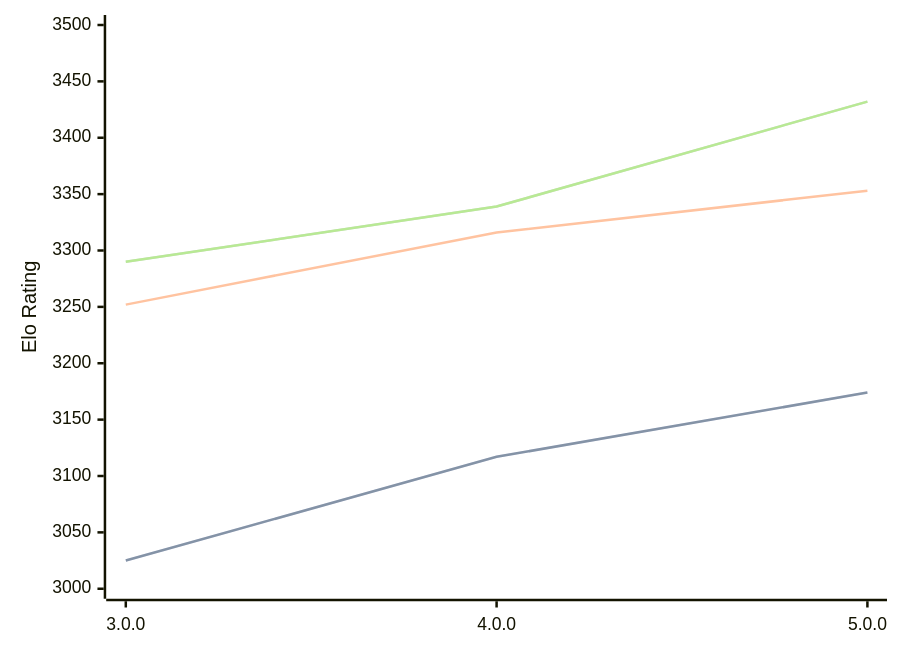
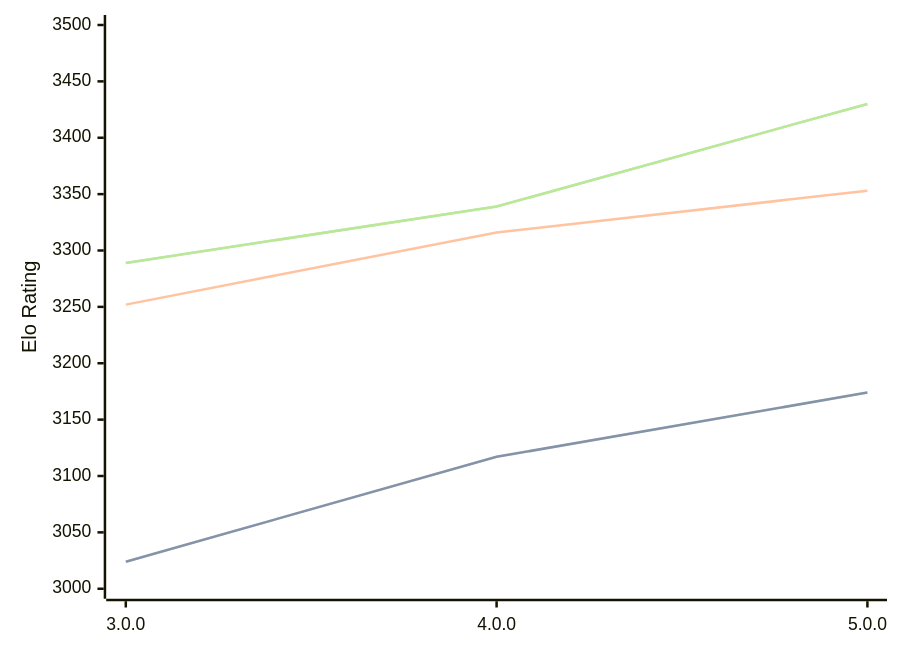
Before and after one commit to computer-chess-index/cci: the diagram in engines/Minke.md, drawn with Mermaid. The commit also changed other lines of this file, not shown here.

Commit message:
Update CCI Ratings (ELO VLTC) - 2026-03-05

````diff
--- a/engines/Minke.md
+++ b/engines/Minke.md
@@ -33,11 +33,11 @@
 ```mermaid
 %%{init: {"theme":"base","themeVariables":{"seriesColors:['#a3a3a3','#222221','#faa371']}}}%%
 xychart-beta
   x-axis ["3.0.0", "4.0.0", "5.0.0"]
   y-axis "Elo Rating" 3000 --> 3500
-  line "STC (8.0+0.08s)" [3025, 3117, 3174]
-  line "STC (8.0+0.08s)" [3025, 3117, 3174]
+  line "STC (8.0+0.08s)" [3024, 3117, 3174]
+  line "STC (8.0+0.08s)" [3024, 3117, 3174]
   line "LTC (60.0+0.60s)" [3252, 3316, 3353]
-  line "VLTC (2m24s+1.12s)" [3290, 3339, 3432]
-  line "VLTC (2m24s+1.12s)" [3290, 3339, 3432]
+  line "VLTC (2m24s+1.12s)" [3289, 3339, 3430]
+  line "VLTC (2m24s+1.12s)" [3289, 3339, 3430]
 ```
````
